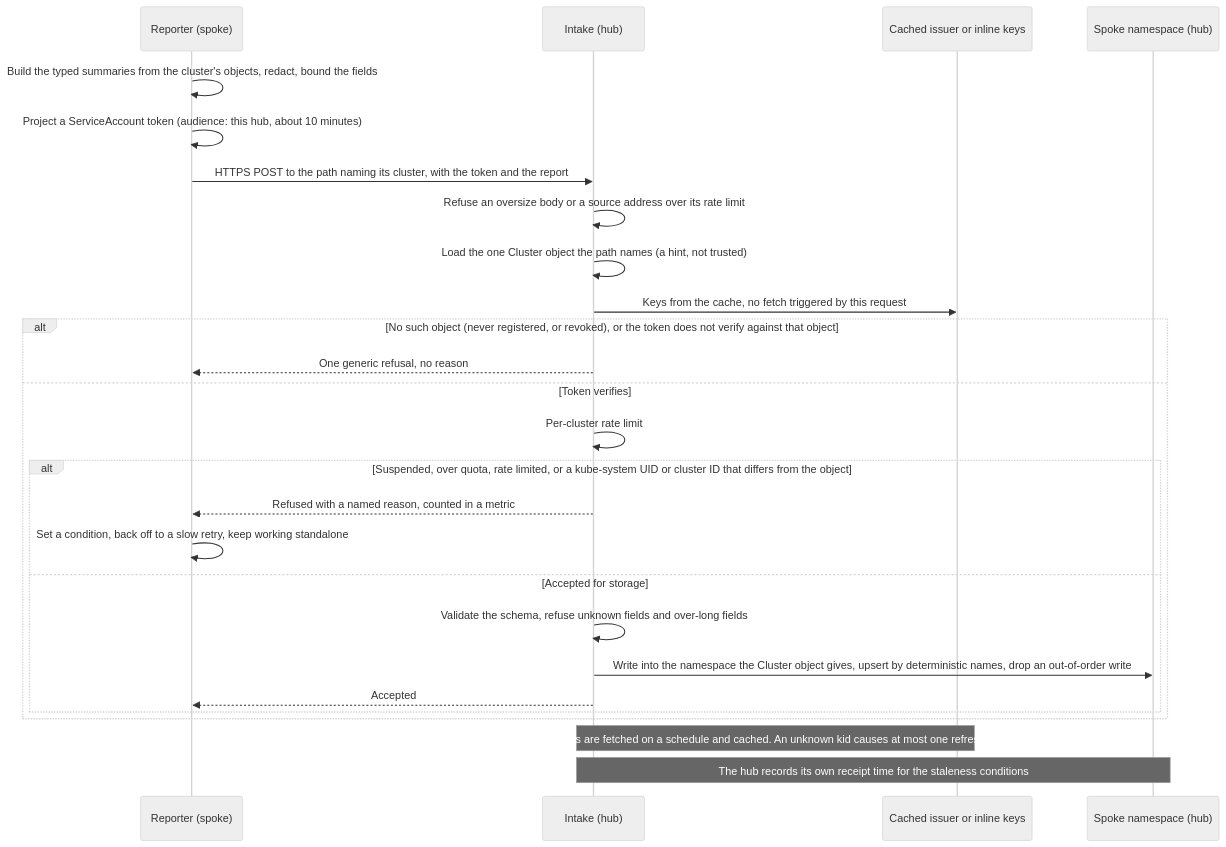
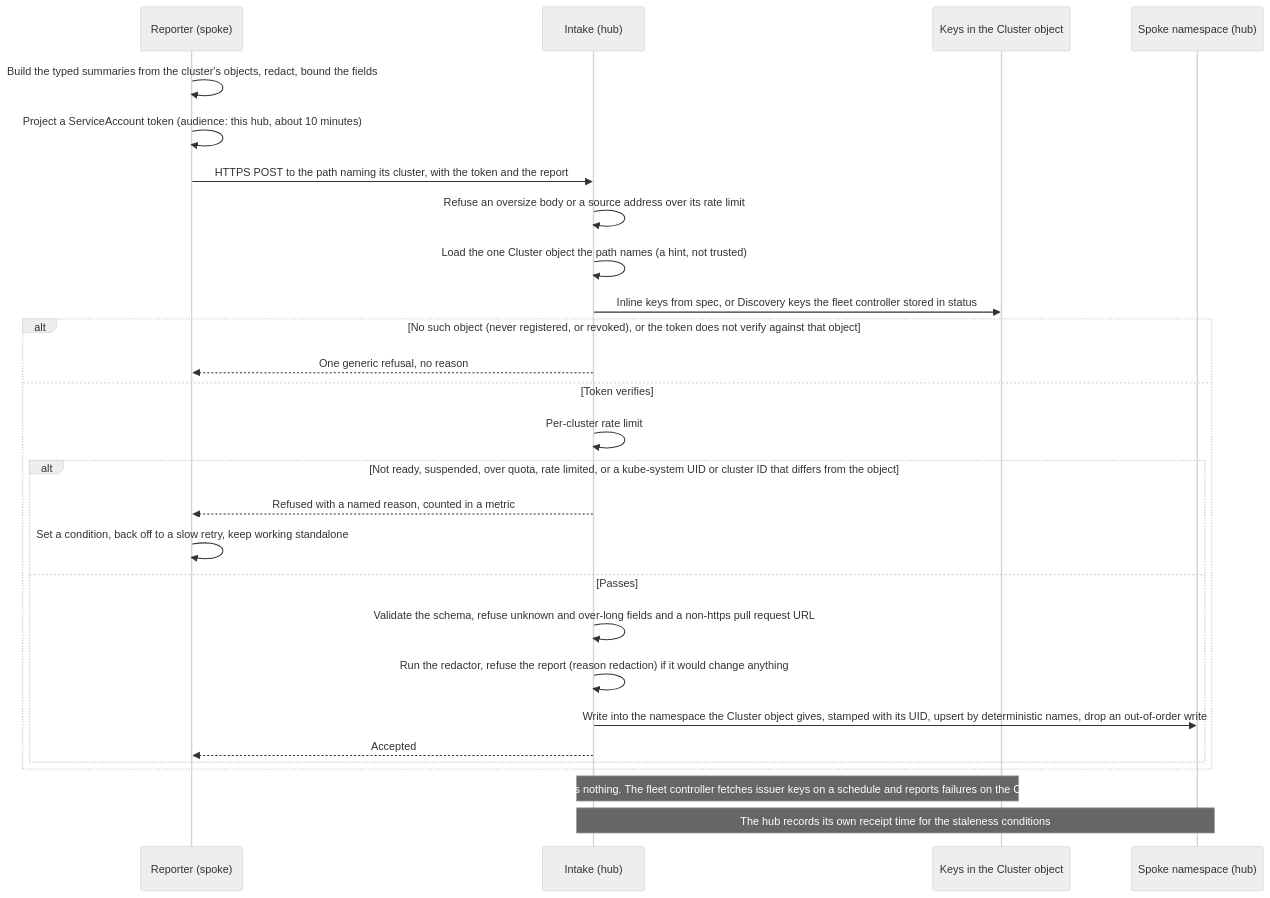
Before and after one commit to pkalin/shadewright: the second of 2 diagrams in docs/adr/0038-control-plane-mode-a-hub-that-many-clusters-report-to.md, drawn with Mermaid (neutral theme). The commit also changed other lines of this file and 2 other files, not shown here.

````diff
--- a/docs/adr/0038-control-plane-mode-a-hub-that-many-clusters-report-to.md
+++ b/docs/adr/0038-control-plane-mode-a-hub-that-many-clusters-report-to.md
@@ -300,28 +283,29 @@
 ```mermaid
 sequenceDiagram
     participant R as Reporter (spoke)
     participant I as Intake (hub)
-    participant K as Cached issuer or inline keys
+    participant K as Keys in the Cluster object
     participant N as Spoke namespace (hub)
     R->>R: Build the typed summaries from the cluster's objects, redact, bound the fields
     R->>R: Project a ServiceAccount token (audience: this hub, about 10 minutes)
     R->>I: HTTPS POST to the path naming its cluster, with the token and the report
     I->>I: Refuse an oversize body or a source address over its rate limit
     I->>I: Load the one Cluster object the path names (a hint, not trusted)
-    I->>K: Keys from the cache, no fetch triggered by this request
+    I->>K: Inline keys from spec, or Discovery keys the fleet controller stored in status
     alt No such object (never registered, or revoked), or the token does not verify against that object
         I-->>R: One generic refusal, no reason
     else Token verifies
         I->>I: Per-cluster rate limit
-        alt Suspended, over quota, rate limited, or a kube-system UID or cluster ID that differs from the object
+        alt Not ready, suspended, over quota, rate limited, or a kube-system UID or cluster ID that differs from the object
             I-->>R: Refused with a named reason, counted in a metric
             R->>R: Set a condition, back off to a slow retry, keep working standalone
-        else Accepted for storage
-            I->>I: Validate the schema, refuse unknown fields and over-long fields
-            I->>N: Write into the namespace the Cluster object gives, upsert by deterministic names, drop an out-of-order write
+        else Passes
+            I->>I: Validate the schema, refuse unknown and over-long fields and a non-https pull request URL
+            I->>I: Run the redactor, refuse the report (reason redaction) if it would change anything
+            I->>N: Write into the namespace the Cluster object gives, stamped with its UID, upsert by deterministic names, drop an out-of-order write
             I-->>R: Accepted
         end
     end
-    Note over I,K: Keys of registered clusters are fetched on a schedule and cached. An unknown kid causes at most one refresh per cluster per interval.
+    Note over I,K: Intake fetches nothing. The fleet controller fetches issuer keys on a schedule and reports failures on the Cluster object.
     Note over I,N: The hub records its own receipt time for the staleness conditions
 ```
````
